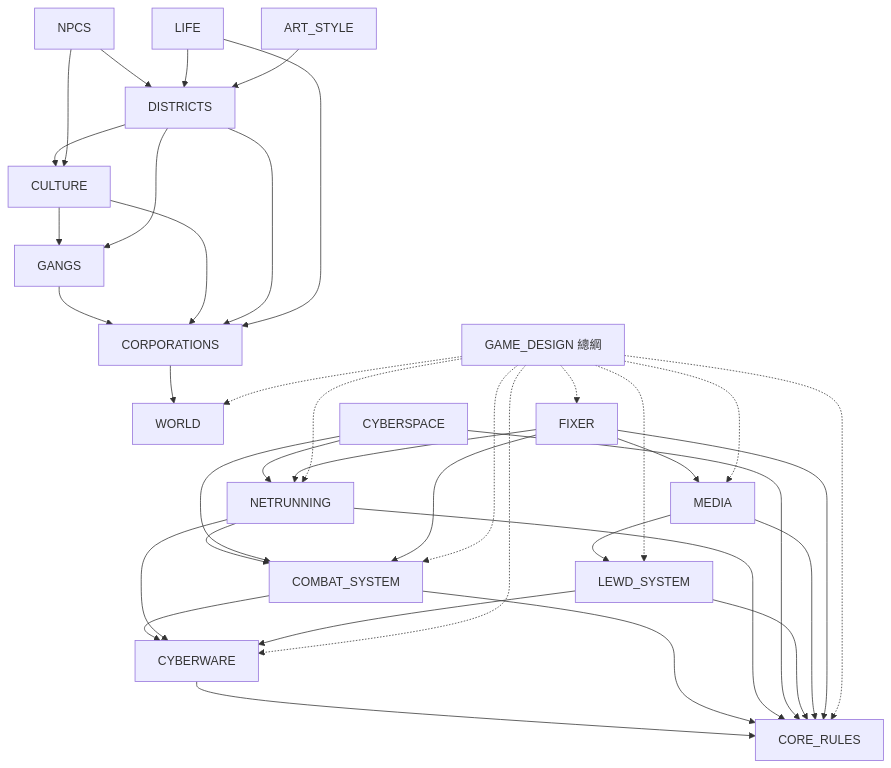
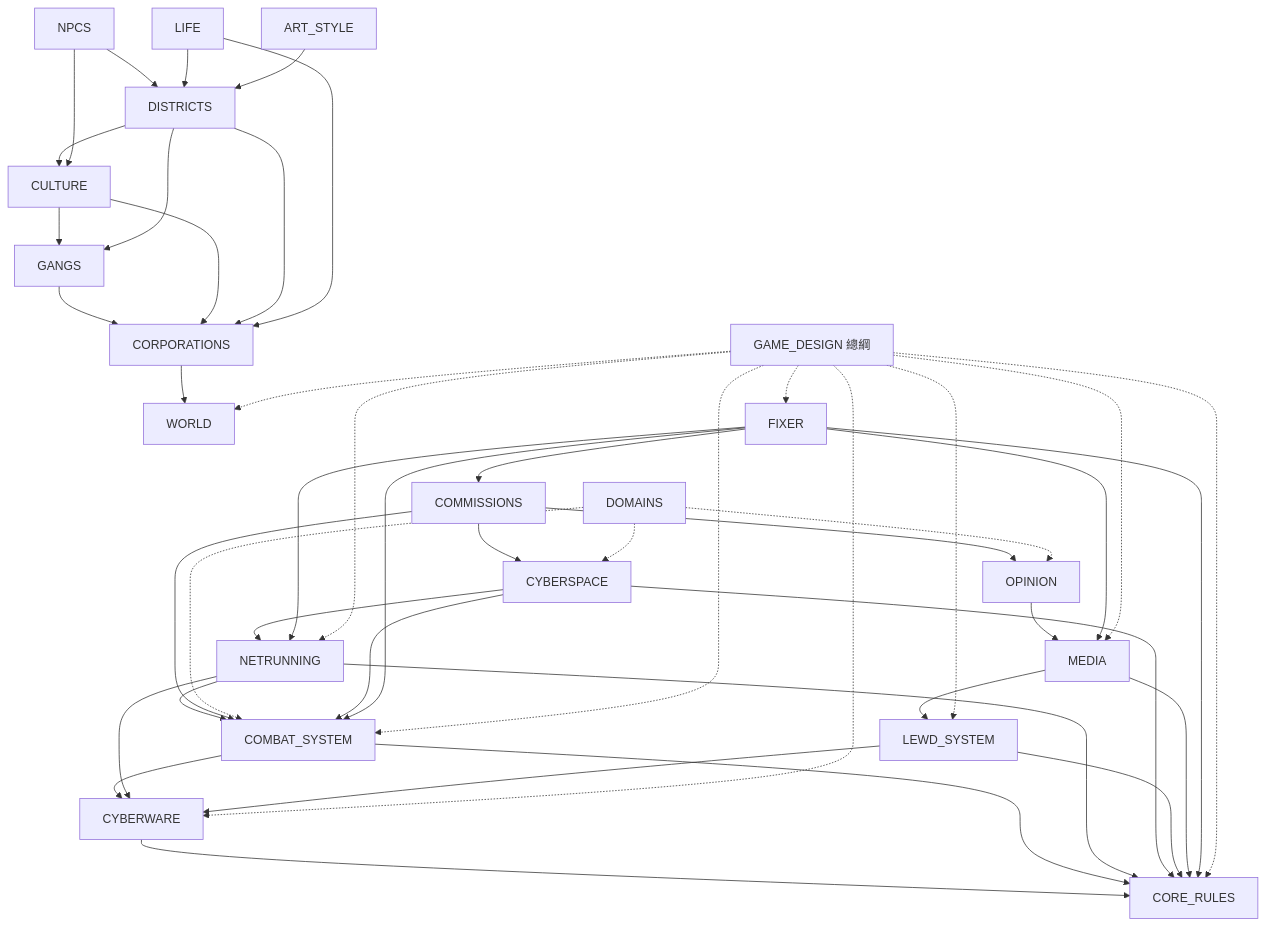
One commit to yellow630914/CyberpunkPink changed the diagram in docs/README.md. Above: the diagram before and after it, drawn with Mermaid. The commit also changed other lines of this file and 17 other files, not shown here.

````diff
--- a/docs/README.md
+++ b/docs/README.md
@@ -48,36 +53,42 @@
 ```mermaid
 flowchart TD
   GD[GAME_DESIGN 總綱]
   WD[WORLD]
   CO[CORPORATIONS] --> WD
   GA[GANGS] --> CO
   CU[CULTURE] --> CO
   CU --> GA
   DI[DISTRICTS] --> CO
   DI --> GA
   DI --> CU
   NP[NPCS] --> DI
   LI[LIFE] --> CO
   LI --> DI
   NP --> CU
   AR[ART_STYLE] --> DI
   CR[CORE_RULES]
   CW[CYBERWARE] --> CR
   CB[COMBAT_SYSTEM] --> CR
   CB --> CW
   NR[NETRUNNING] --> CR
   NR --> CW
   NR --> CB
   CS[CYBERSPACE] --> CR
+  OP[OPINION] --> MD
+  CM[COMMISSIONS] --> CB
+  CM --> CS
+  CM --> OP
+  FX --> CM
+  DO[DOMAINS] -.-> CB & CS & OP
   CS --> NR
   CS --> CB
   LS[LEWD_SYSTEM] --> CR
   LS --> CW
   MD[MEDIA] --> CR
   MD --> LS
   FX[FIXER] --> CR
   FX --> CB
   FX --> NR
   FX --> MD
   GD -.-> WD & CR & CW & CB & NR & LS & MD & FX
 ```
````
